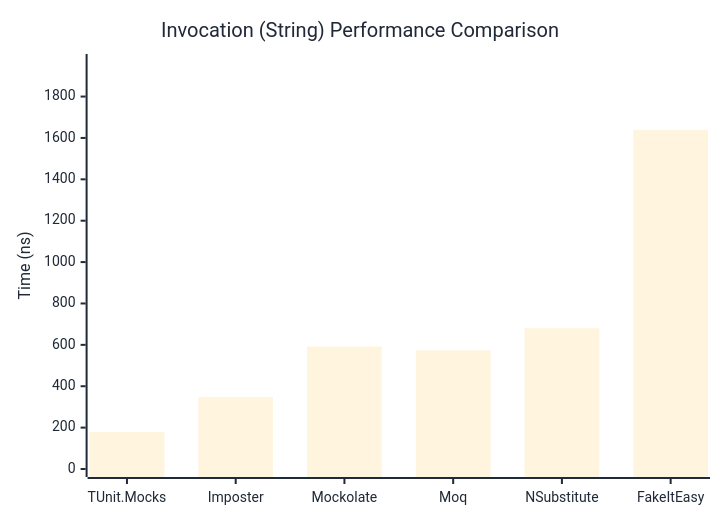
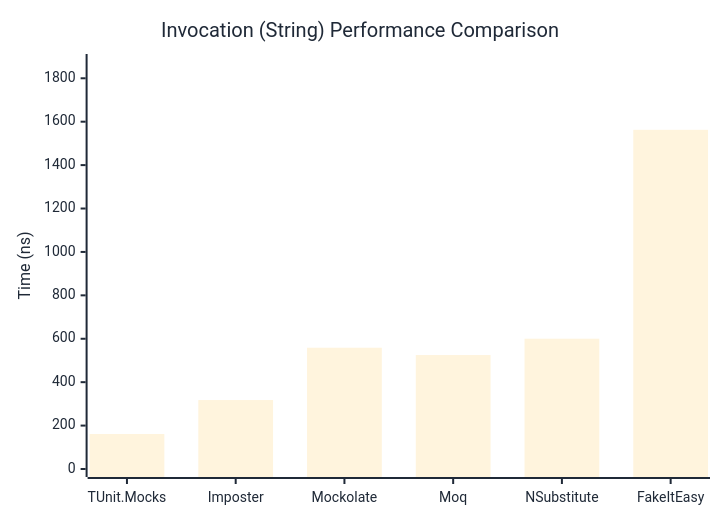
One commit to thomhurst/TUnit changed the second of 3 diagrams in docs/docs/benchmarks/mocks/Invocation.md. Above: the diagram before and after it, drawn with Mermaid. The commit also changed other lines of this file and 14 other files, not shown here.

````diff
--- a/docs/docs/benchmarks/mocks/Invocation.md
+++ b/docs/docs/benchmarks/mocks/Invocation.md
@@ -69,27 +69,27 @@
 ```mermaid
 %%{init: {
   'theme':'base',
   'themeVariables': {
     'primaryColor': '#2563eb',
     'primaryTextColor': '#1f2937',
     'primaryBorderColor': '#1e40af',
     'lineColor': '#6b7280',
     'secondaryColor': '#7c3aed',
     'tertiaryColor': '#dc2626',
     'background': '#ffffff',
     'pie1': '#2563eb',
     'pie2': '#7c3aed',
     'pie3': '#dc2626',
     'pie4': '#f59e0b',
     'pie5': '#10b981',
     'pie6': '#06b6d4',
     'pie7': '#ec4899',
     'pie8': '#6366f1'
   }
 }}%%
 xychart-beta
   title "Invocation (String) Performance Comparison"
   x-axis ["TUnit.Mocks", "Imposter", "Mockolate", "Moq", "NSubstitute", "FakeItEasy"]
-  y-axis "Time (ns)" 0 --> 1967
-  bar [179, 347.6, 591.6, 573.2, 680.1, 1638.9]
+  y-axis "Time (ns)" 0 --> 1875
+  bar [161.1, 317.6, 558.7, 525, 600.3, 1562.5]
 ```
````
